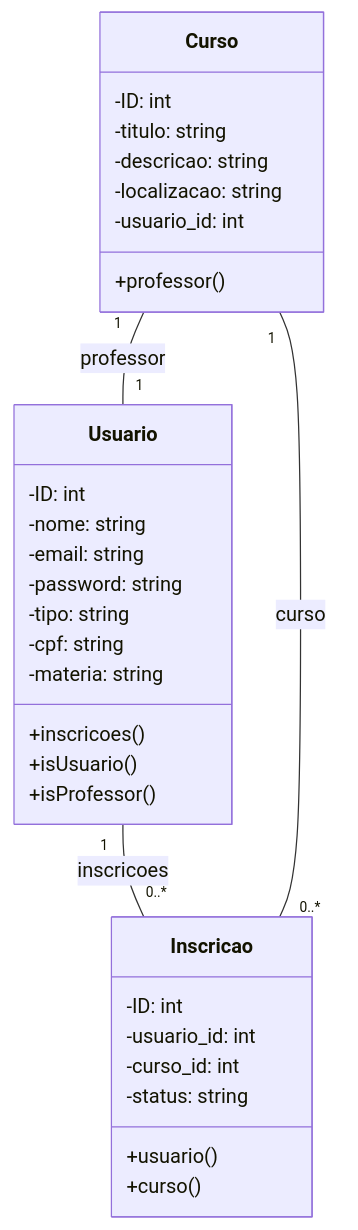
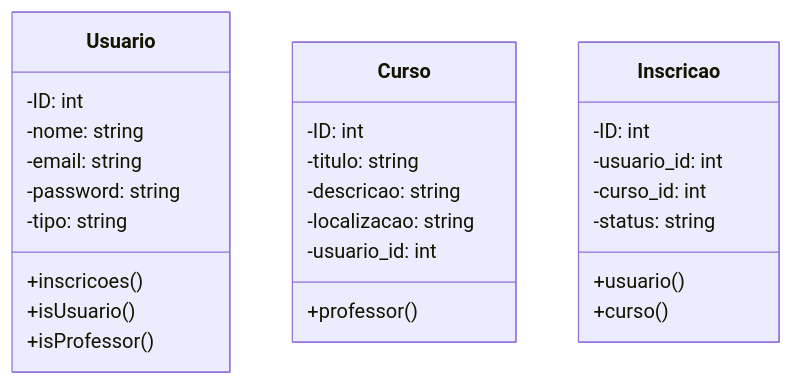
The diagram in README.md (Paiva8859/PlataformaEAD), drawn with Mermaid before and after one commit.

````diff
--- a/README.md
+++ b/README.md
@@ -2,37 +2,32 @@
 ```mermaid
 classDiagram
     class Usuario {
         -ID: int
         -nome: string
         -email: string
         -password: string
         -tipo: string
-        -cpf: string
-        -materia: string
         +inscricoes()
         +isUsuario()
         +isProfessor()
     }
 
     class Curso {
         -ID: int
         -titulo: string
         -descricao: string
         -localizacao: string
         -usuario_id: int
         +professor()
     }
 
     class Inscricao {
         -ID: int
         -usuario_id: int
         -curso_id: int
         -status: string
         +usuario()
         +curso()
     }
 
-    Usuario "1" -- "0..*" Inscricao: inscricoes
-    Curso "1" -- "0..*" Inscricao: curso
-    Curso "1" -- "1" Usuario: professor
 ```
````
